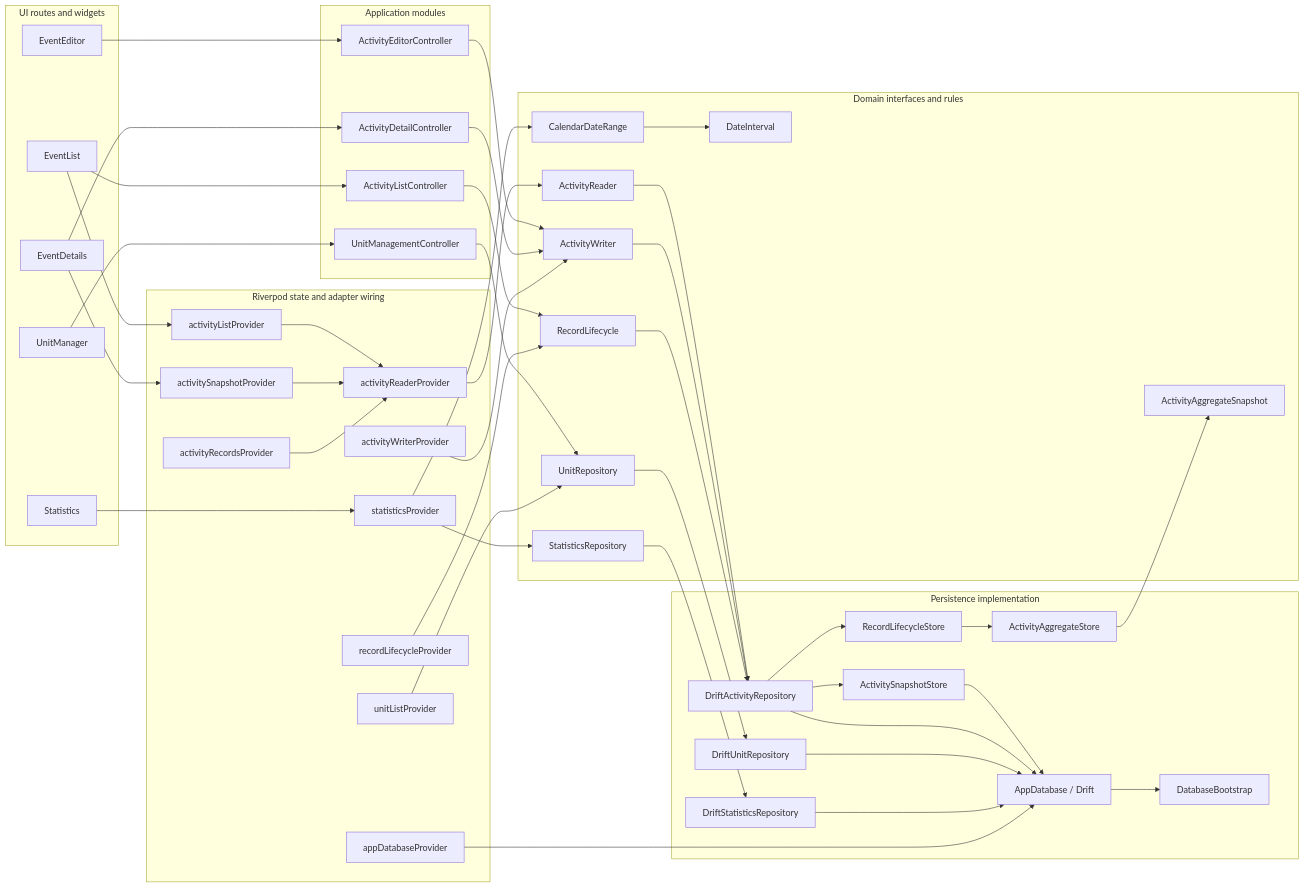
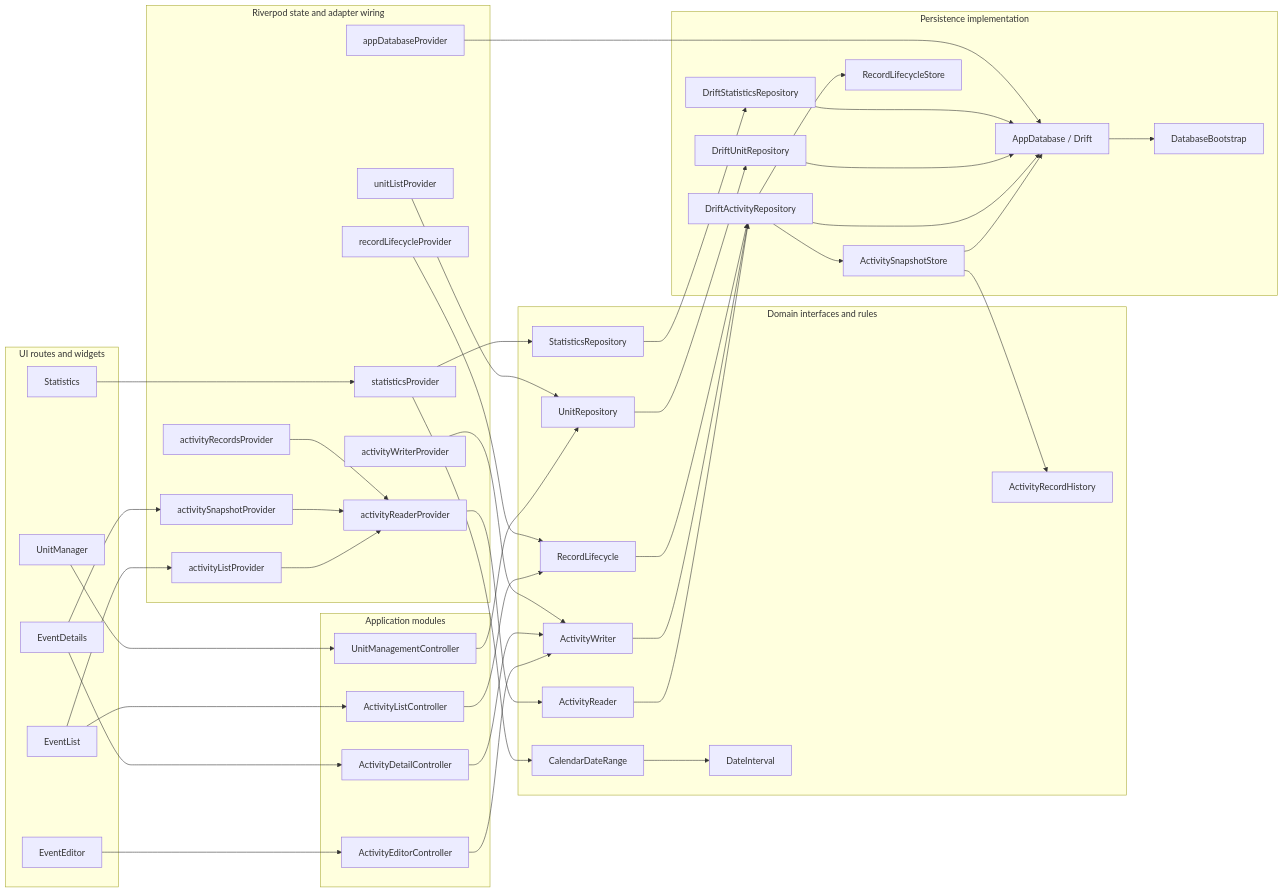
Before and after one commit to Guoyuer/eventTracker: the first of 6 diagrams in docs/architecture/module-flow.md, drawn with Mermaid. The commit also changed other lines of this file and 19 other files, not shown here.

```diff
--- a/docs/architecture/module-flow.md
+++ b/docs/architecture/module-flow.md
@@ -27,7 +27,7 @@
     RecordLifecycle["RecordLifecycle"]
     UnitRepository["UnitRepository"]
     StatisticsRepository["StatisticsRepository"]
-    AggregateRules["ActivityAggregateSnapshot"]
+    RecordHistory["ActivityRecordHistory"]
     CalendarDateRange["CalendarDateRange"]
     DateInterval["DateInterval"]
   end
@@ -50,7 +50,6 @@
     DriftUnitRepository["DriftUnitRepository"]
     DriftStatisticsRepository["DriftStatisticsRepository"]
     RecordLifecycleStore["RecordLifecycleStore"]
-    AggregateStore["ActivityAggregateStore"]
     AppDatabase["AppDatabase / Drift"]
     DatabaseBootstrap["DatabaseBootstrap"]
   end
@@ -86,8 +85,7 @@
   CalendarDateRange --> DateInterval
   DriftActivityRepository --> RecordLifecycleStore
   DriftActivityRepository --> ActivitySnapshotStore
-  RecordLifecycleStore --> AggregateStore
-  AggregateStore --> AggregateRules
+  ActivitySnapshotStore --> RecordHistory
   ActivitySnapshotStore --> AppDatabase
   DriftActivityRepository --> AppDatabase
   DriftUnitRepository --> AppDatabase
```
